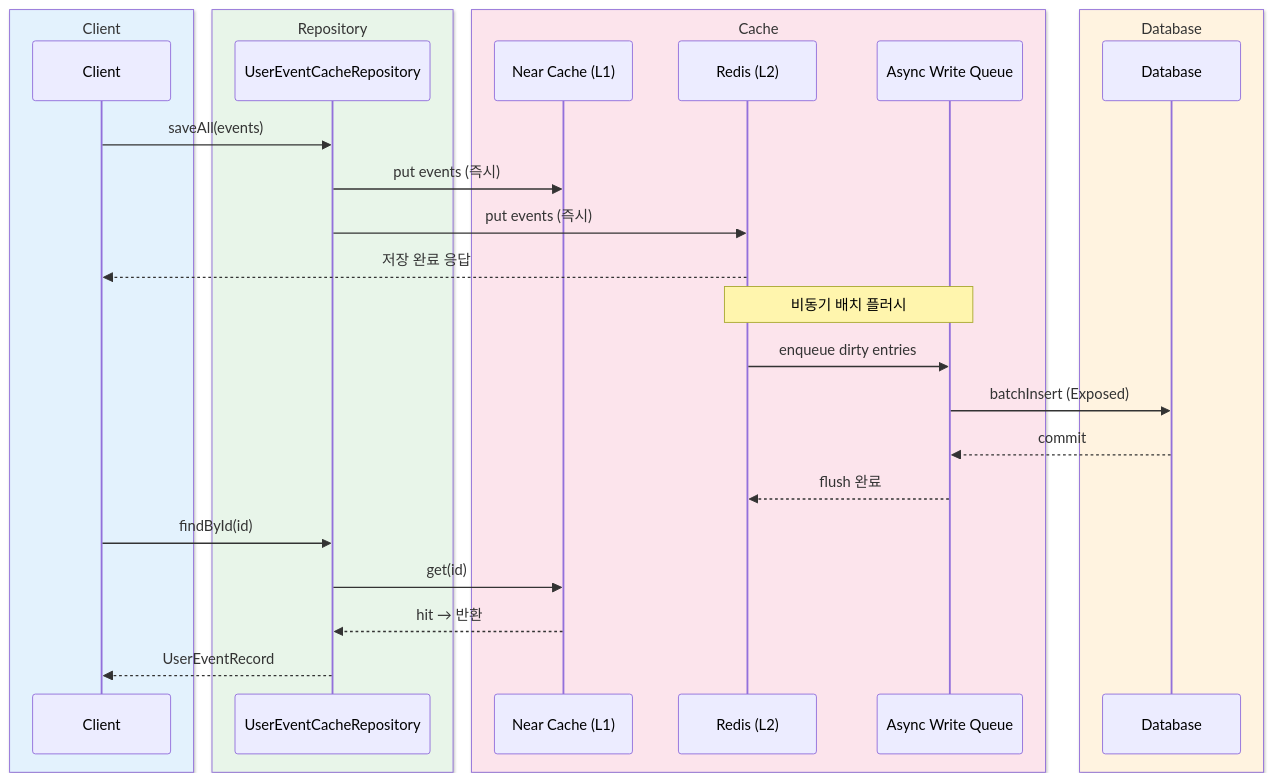
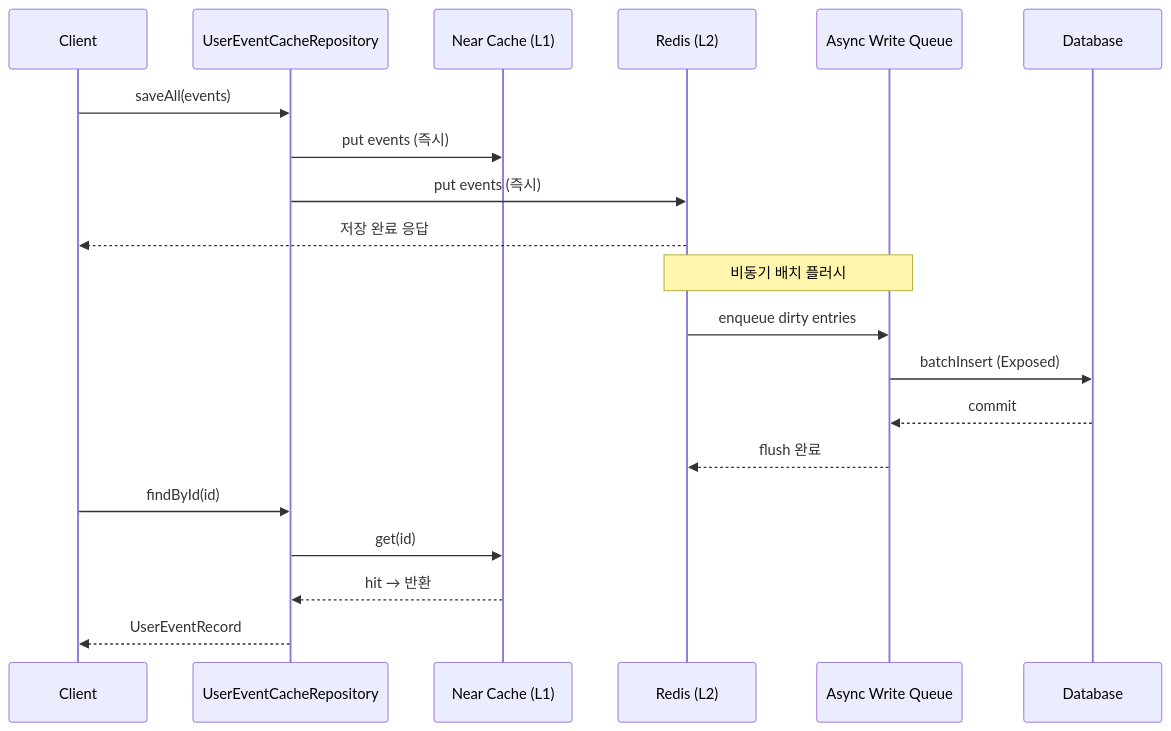
One commit to bluetape4k/exposed-workshop changed the fourth of 5 diagrams in 11-high-performance/01-cache-strategies/README.ko.md. Above: the diagram before and after it, drawn with Mermaid. The commit also changed other lines of this file and 42 other files, not shown here.

First line of the commit message:
docs: sequence diagram에서 box rgb() 제거 (option 1 - GitHub dark mode 기본 렌더링 사용)

````diff
--- a/11-high-performance/01-cache-strategies/README.ko.md
+++ b/11-high-performance/01-cache-strategies/README.ko.md
@@ -183,31 +183,23 @@
 ```mermaid
 %%{init: {"theme": "neutral", "themeVariables": {"fontFamily": "'Comic Mono', 'goorm sans code', 'JetBrains Mono', 'goorm sans'"}}}%%
 sequenceDiagram
-    box rgb(227, 242, 253) Client
-        participant C as Client
-    end
-    box rgb(232, 245, 233) Repository
-        participant R as UserEventCacheRepository
-    end
-    box rgb(252, 228, 236) Cache
-        participant NC as Near Cache (L1)
-        participant RD as Redis (L2)
-        participant Q as Async Write Queue
-    end
-    box rgb(255, 243, 224) Database
-        participant DB as Database
-    end
+    participant C as Client
+    participant R as UserEventCacheRepository
+    participant NC as Near Cache (L1)
+    participant RD as Redis (L2)
+    participant Q as Async Write Queue
+    participant DB as Database
     C ->> R: saveAll(events)
     R ->> NC: put events (즉시)
     R ->> RD: put events (즉시)
     RD -->> C: 저장 완료 응답
     Note over RD, Q: 비동기 배치 플러시
     RD ->> Q: enqueue dirty entries
     Q ->> DB: batchInsert (Exposed)
     DB -->> Q: commit
     Q -->> RD: flush 완료
     C ->> R: findById(id)
     R ->> NC: get(id)
     NC -->> R: hit → 반환
     R -->> C: UserEventRecord
 ```
````
